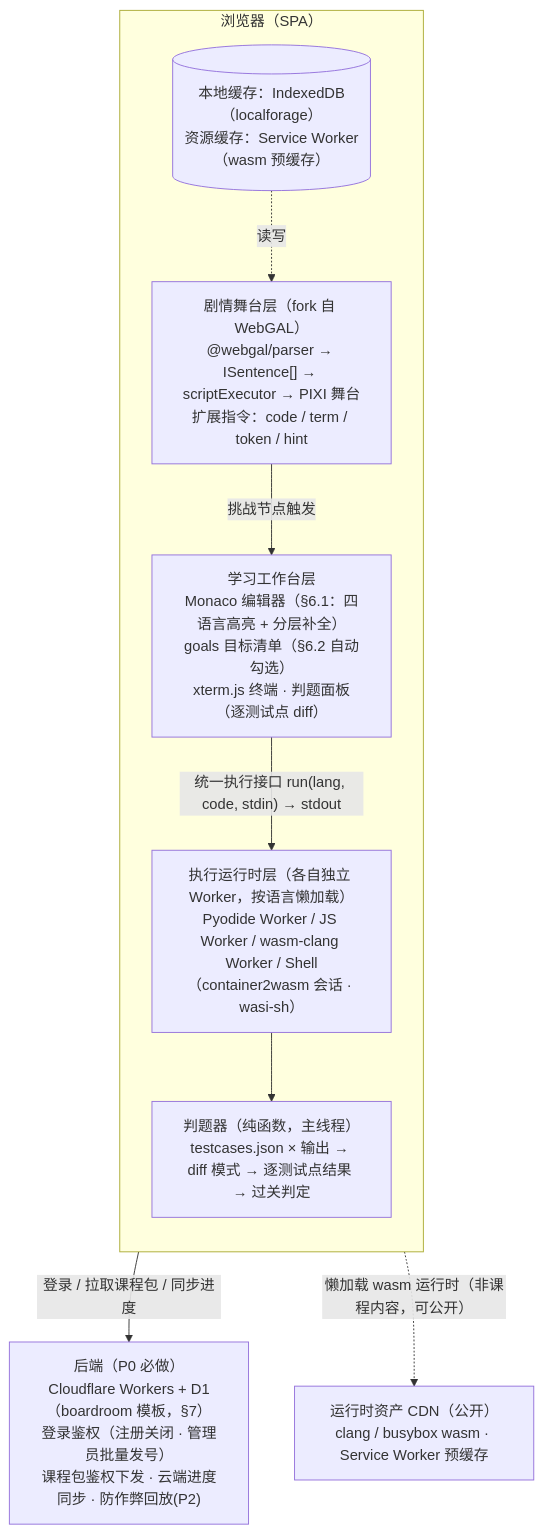
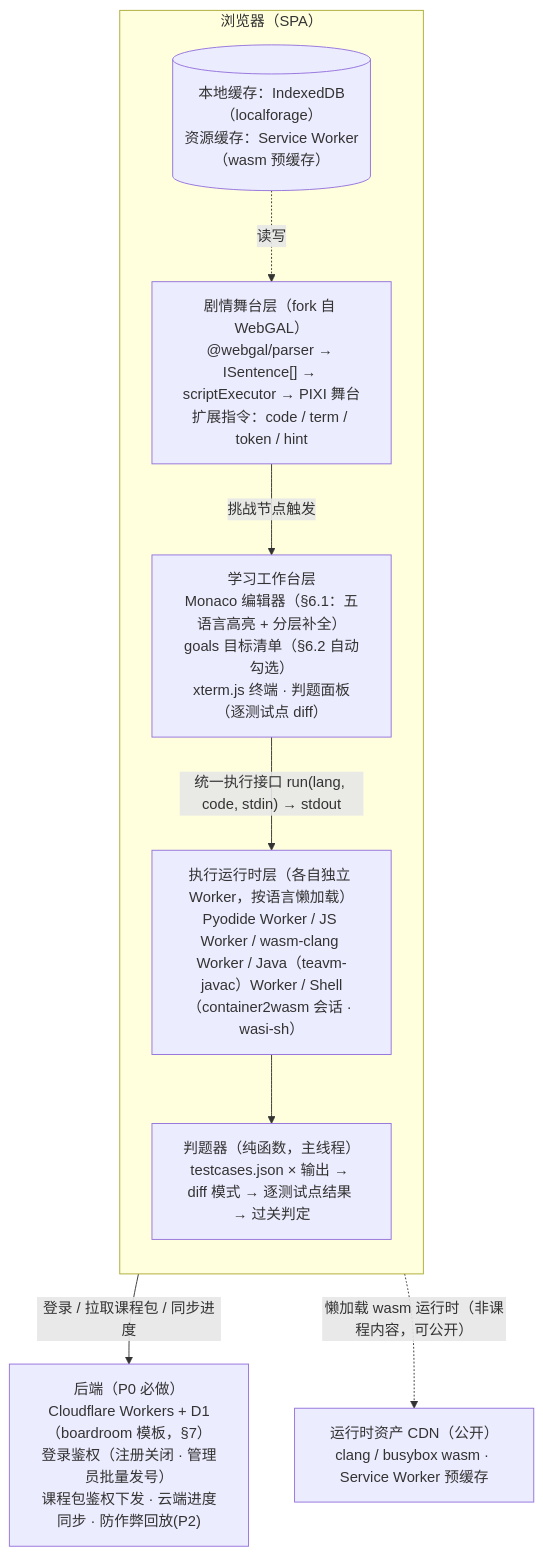
One commit to HarukiTakehata/codequest changed the diagram in docs/编程学习系统设计书.md. Above: the diagram before and after it, drawn with Mermaid. The commit also changed other lines of this file and 1 other file, not shown here.

First line of the commit message:
docs: 设计书 v0.3——Java 并入主线（teavm-javac，M2.5）；拍板 CheerpJ 排除、D 层仅提案池

````diff
--- a/docs/编程学习系统设计书.md
+++ b/docs/编程学习系统设计书.md
@@ -82,21 +83,21 @@
 ```mermaid
 flowchart TB
     subgraph SPA["浏览器（SPA）"]
         direction TB
         Stage["剧情舞台层（fork 自 WebGAL）<br/>@webgal/parser → ISentence[] → scriptExecutor → PIXI 舞台<br/>扩展指令：code / term / token / hint"]
-        Workbench["学习工作台层<br/>Monaco 编辑器（§6.1：四语言高亮 + 分层补全）<br/>goals 目标清单（§6.2 自动勾选）<br/>xterm.js 终端 · 判题面板（逐测试点 diff）"]
-        Runtime["执行运行时层（各自独立 Worker，按语言懒加载）<br/>Pyodide Worker / JS Worker / wasm-clang Worker / Shell（container2wasm 会话 · wasi-sh）"]
+        Workbench["学习工作台层<br/>Monaco 编辑器（§6.1：五语言高亮 + 分层补全）<br/>goals 目标清单（§6.2 自动勾选）<br/>xterm.js 终端 · 判题面板（逐测试点 diff）"]
+        Runtime["执行运行时层（各自独立 Worker，按语言懒加载）<br/>Pyodide Worker / JS Worker / wasm-clang Worker / Java（teavm-javac）Worker / Shell（container2wasm 会话 · wasi-sh）"]
         Judge["判题器（纯函数，主线程）<br/>testcases.json × 输出 → diff 模式 → 逐测试点结果 → 过关判定"]
         Store[("本地缓存：IndexedDB（localforage）<br/>资源缓存：Service Worker（wasm 预缓存）")]
 
         Stage -- "挑战节点触发" --> Workbench
         Workbench -- "统一执行接口 run(lang, code, stdin) → stdout" --> Runtime
         Runtime --> Judge
         Store -.读写.-> Stage
     end
 
     Backend["后端（P0 必做）<br/>Cloudflare Workers + D1（boardroom 模板，§7）<br/>登录鉴权（注册关闭 · 管理员批量发号）<br/>课程包鉴权下发 · 云端进度同步 · 防作弊回放(P2)"]
     SPA -- "登录 / 拉取课程包 / 同步进度" --> Backend
     CDN["运行时资产 CDN（公开）<br/>clang / busybox wasm · Service Worker 预缓存"]
     SPA -. "懒加载 wasm 运行时（非课程内容，可公开）" .-> CDN
 ```
````
